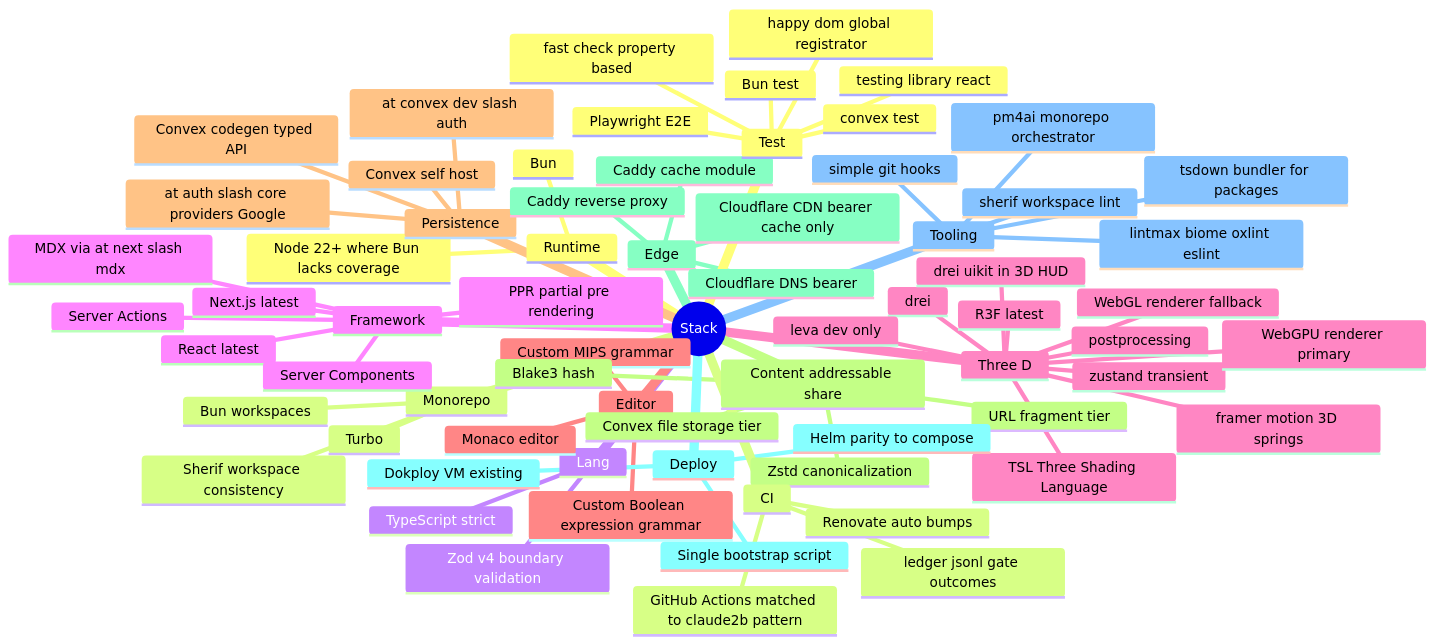
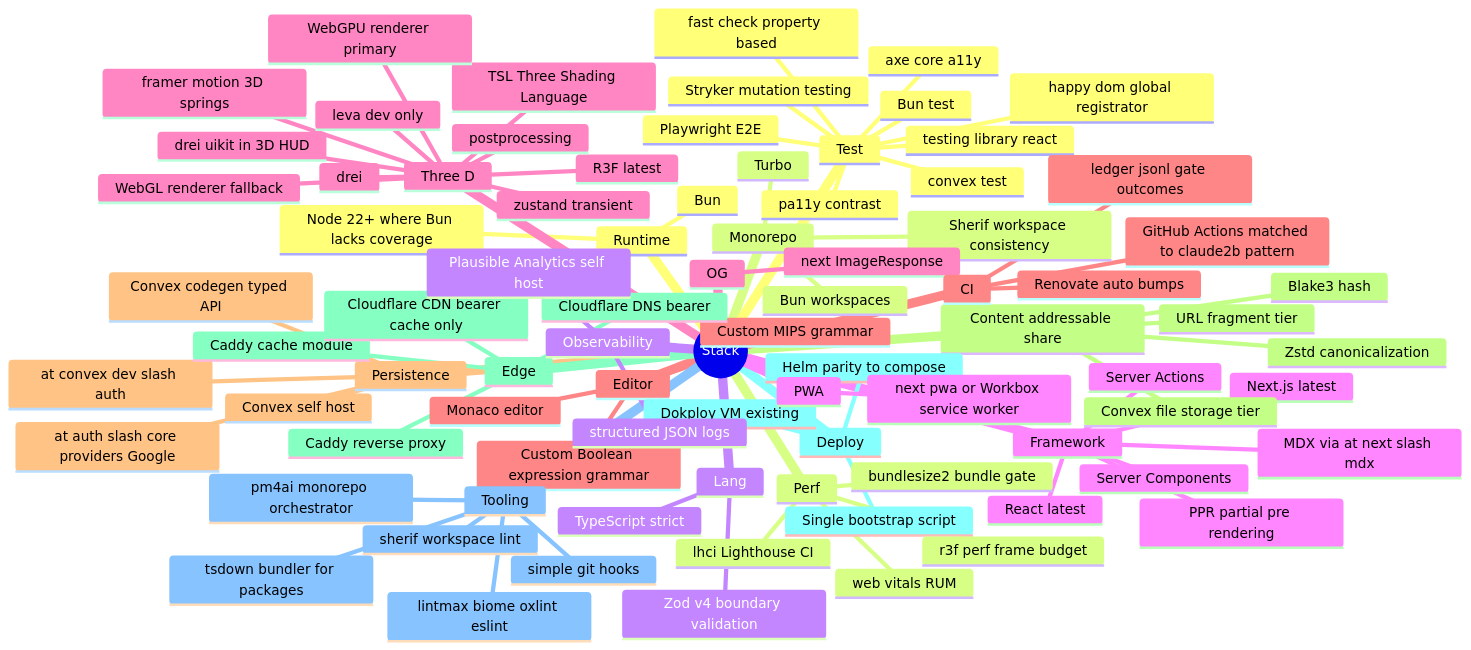
The diagram in STACK.md (1qh/simdocs), drawn with Mermaid before and after one commit. The commit also changed 27 other files, not shown here.

```diff
--- a/STACK.md
+++ b/STACK.md
@@ -71,6 +71,21 @@
       fast check property based
       convex test
       Playwright E2E
+      Stryker mutation testing
+      axe core a11y
+      pa11y contrast
+    Perf
+      bundlesize2 bundle gate
+      lhci Lighthouse CI
+      r3f perf frame budget
+      web vitals RUM
+    Observability
+      Plausible Analytics self host
+      structured JSON logs
+    PWA
+      next pwa or Workbox service worker
+    OG
+      next ImageResponse
     CI
       GitHub Actions matched to claude2b pattern
       Renovate auto bumps
```
